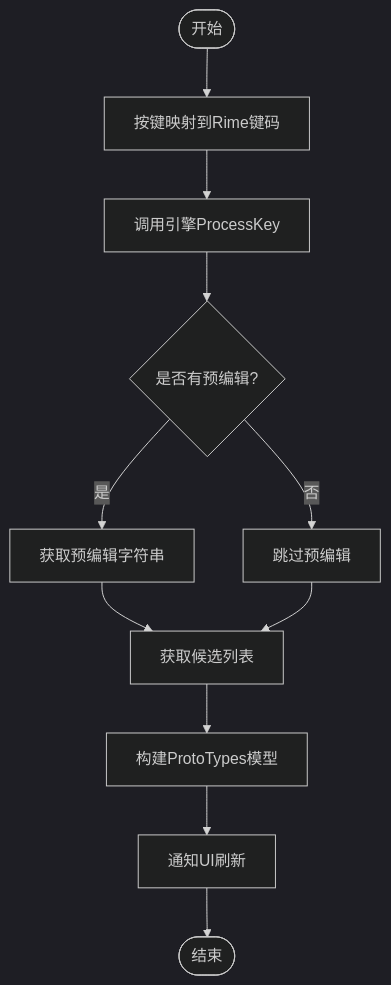
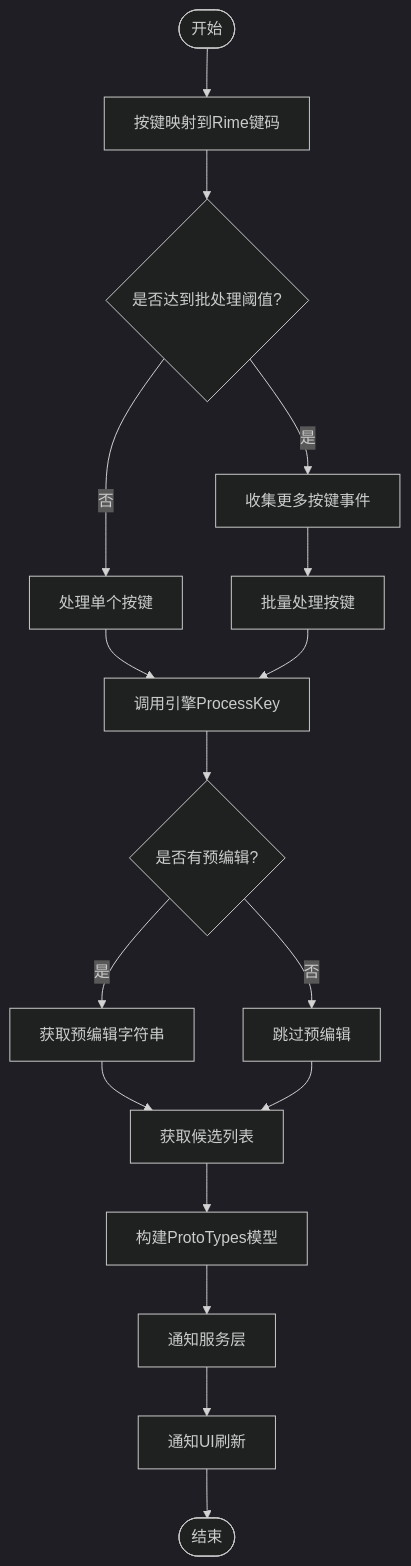
The fourth of 9 diagrams in .qoder/repowiki/zh/content/架构设计/分层架构设计/业务逻辑层/SimpleRimeImpl 核心实现.md (qiaodashaoye/ziyou-ime), drawn with Mermaid (dark theme) before and after one commit. The commit also changed other lines of this file and 7 other files, not shown here.

````diff
--- a/.qoder/repowiki/zh/content/架构设计/分层架构设计/业务逻辑层/SimpleRimeImpl 核心实现.md
+++ b/.qoder/repowiki/zh/content/架构设计/分层架构设计/业务逻辑层/SimpleRimeImpl 核心实现.md
@@ -204,13 +236,19 @@
 ```mermaid
 flowchart TD
 Start(["开始"]) --> KeyMap["按键映射到Rime键码"]
-KeyMap --> ProcessKey["调用引擎ProcessKey"]
+KeyMap --> CheckBatch{"是否达到批处理阈值?"}
+CheckBatch --> |是| CollectBatch["收集更多按键事件"]
+CheckBatch --> |否| ProcessSingle["处理单个按键"]
+CollectBatch --> ProcessBatch["批量处理按键"]
+ProcessSingle --> ProcessKey["调用引擎ProcessKey"]
+ProcessBatch --> ProcessKey
 ProcessKey --> CheckPreedit{"是否有预编辑?"}
 CheckPreedit --> |是| GetPreedit["获取预编辑字符串"]
 CheckPreedit --> |否| SkipPreedit["跳过预编辑"]
 GetPreedit --> GetCandidates["获取候选列表"]
 SkipPreedit --> GetCandidates
 GetCandidates --> BuildModels["构建ProtoTypes模型"]
-BuildModels --> NotifyUI["通知UI刷新"]
+BuildModels --> NotifyService["通知服务层"]
+NotifyService --> NotifyUI["通知UI刷新"]
 NotifyUI --> End(["结束"])
 ```
````
